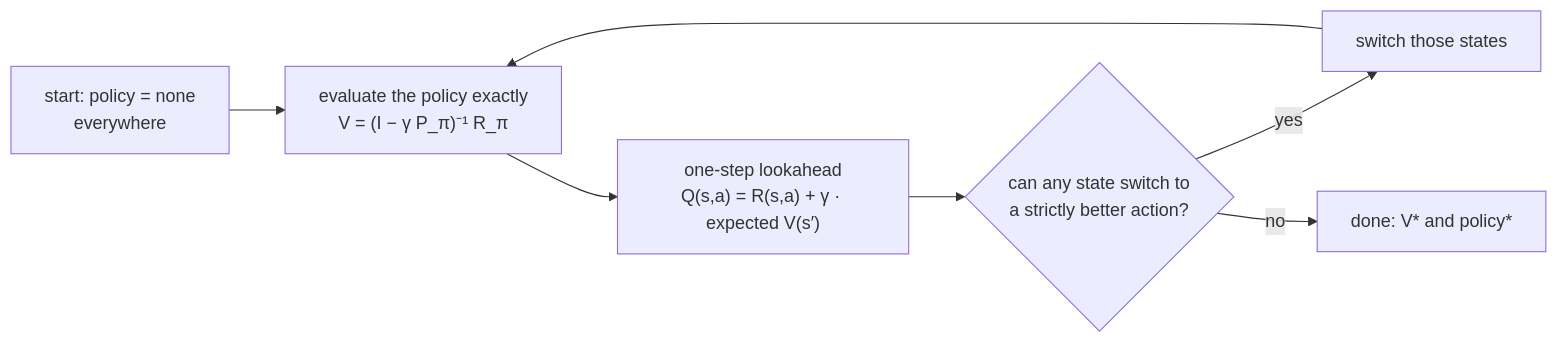
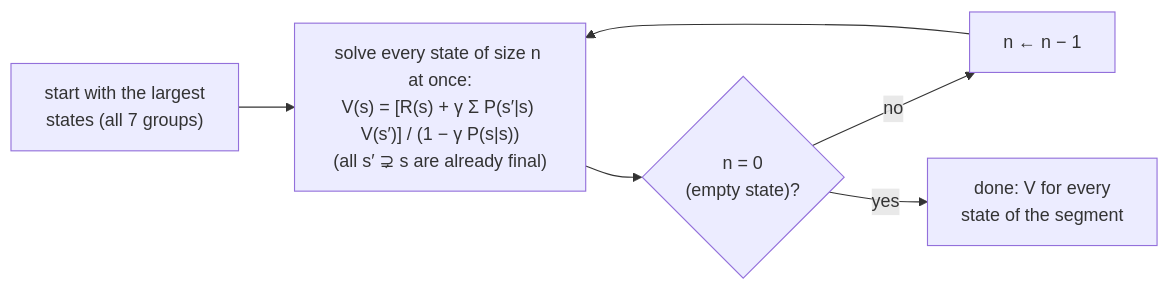
The fifth of 6 diagrams in README.md (pakhapoom/customer-lifetime-value), drawn with Mermaid before and after one commit. The commit also changed other lines of this file and 7 other files, not shown here.

````diff
--- a/README.md
+++ b/README.md
@@ -211,8 +233,7 @@
 ```mermaid
 flowchart LR
-    I["start: policy = none<br/>everywhere"] --> E["evaluate the policy exactly<br/>V = (I − γ P_π)⁻¹ R_π"]
-    E --> Q["one-step lookahead<br/>Q(s,a) = R(s,a) + γ · expected V(s′)"]
-    Q --> C{"can any state switch to<br/>a strictly better action?"}
-    C -->|yes| U["switch those states"] --> E
-    C -->|no| F["done: V* and policy*"]
+    I["start with the largest<br/>states (all 7 groups)"] --> L["solve every state of size n at once:<br/>V(s) = [R(s) + γ Σ P(s′|s) V(s′)] / (1 − γ P(s|s))<br/>(all s′ ⊋ s are already final)"]
+    L --> C{"n = 0<br/>(empty state)?"}
+    C -->|no| D["n ← n − 1"] --> L
+    C -->|yes| F["done: V for every<br/>state of the segment"]
 ```
````
